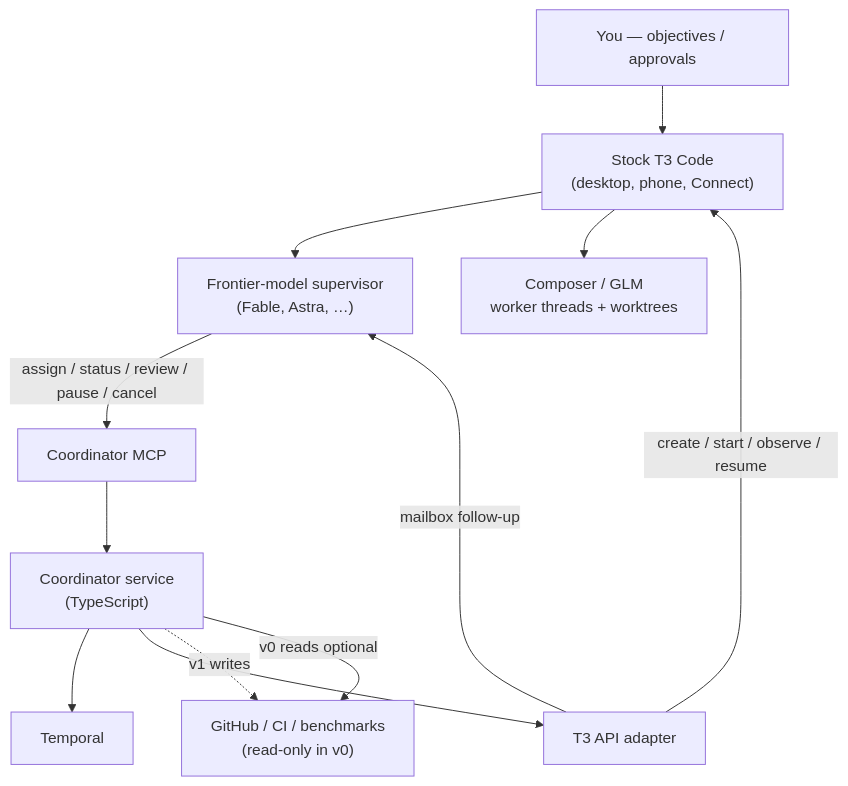
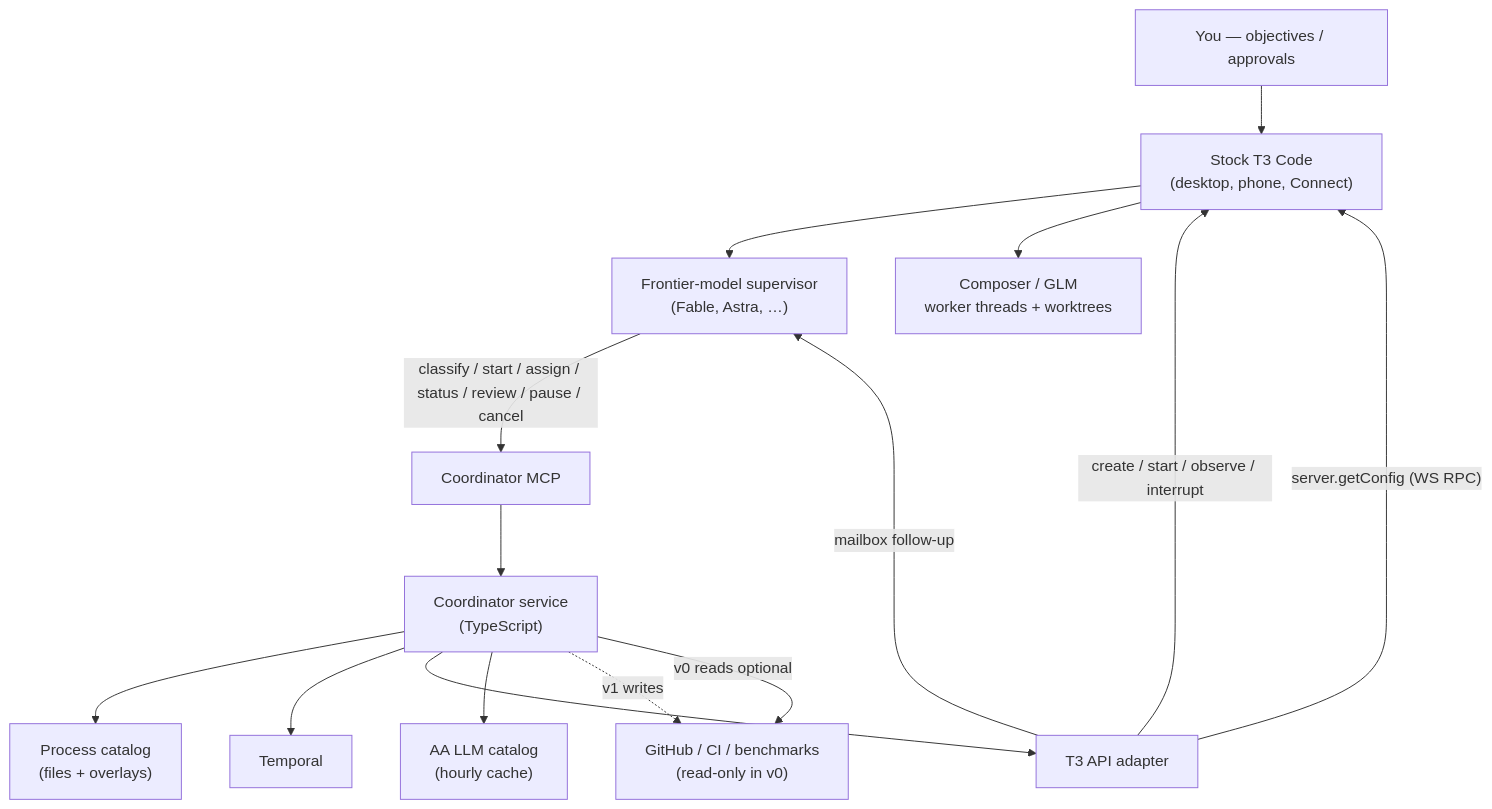
One commit to DecisionNerd/t3-coordinator changed the first of 3 diagrams in docs/engineering/ARCHITECTURE.md. Above: the diagram before and after it, drawn with Mermaid. The commit also changed other lines of this file and 79 other files, not shown here.

````diff
--- a/docs/engineering/ARCHITECTURE.md
+++ b/docs/engineering/ARCHITECTURE.md
@@ -11,24 +13,29 @@
 ```mermaid
 flowchart TB
   You["You — objectives / approvals"]
   T3["Stock T3 Code\n(desktop, phone, Connect)"]
   Sup["Frontier-model supervisor\n(Fable, Astra, …)"]
   MCP["Coordinator MCP"]
   Coord["Coordinator service\n(TypeScript)"]
+  Catalog["Process catalog\n(files + overlays)"]
   Temporal["Temporal"]
   Adapter["T3 API adapter"]
+  AA["AA LLM catalog\n(hourly cache)"]
   Workers["Composer / GLM\nworker threads + worktrees"]
   GH["GitHub / CI / benchmarks\n(read-only in v0)"]
 
   You --> T3
   T3 --> Sup
-  Sup -->|"assign / status / review / pause / cancel"| MCP
+  Sup -->|"classify / start / assign / status / review / pause / cancel"| MCP
   MCP --> Coord
+  Coord --> Catalog
   Coord --> Temporal
   Coord --> Adapter
-  Adapter -->|"create / start / observe / resume"| T3
+  Coord --> AA
+  Adapter -->|"create / start / observe / interrupt"| T3
+  Adapter -->|"server.getConfig (WS RPC)"| T3
   T3 --> Workers
   Coord -.->|"v1 writes"| GH
   Coord -->|"v0 reads optional"| GH
   Adapter -->|"mailbox follow-up"| Sup
 ```
````
